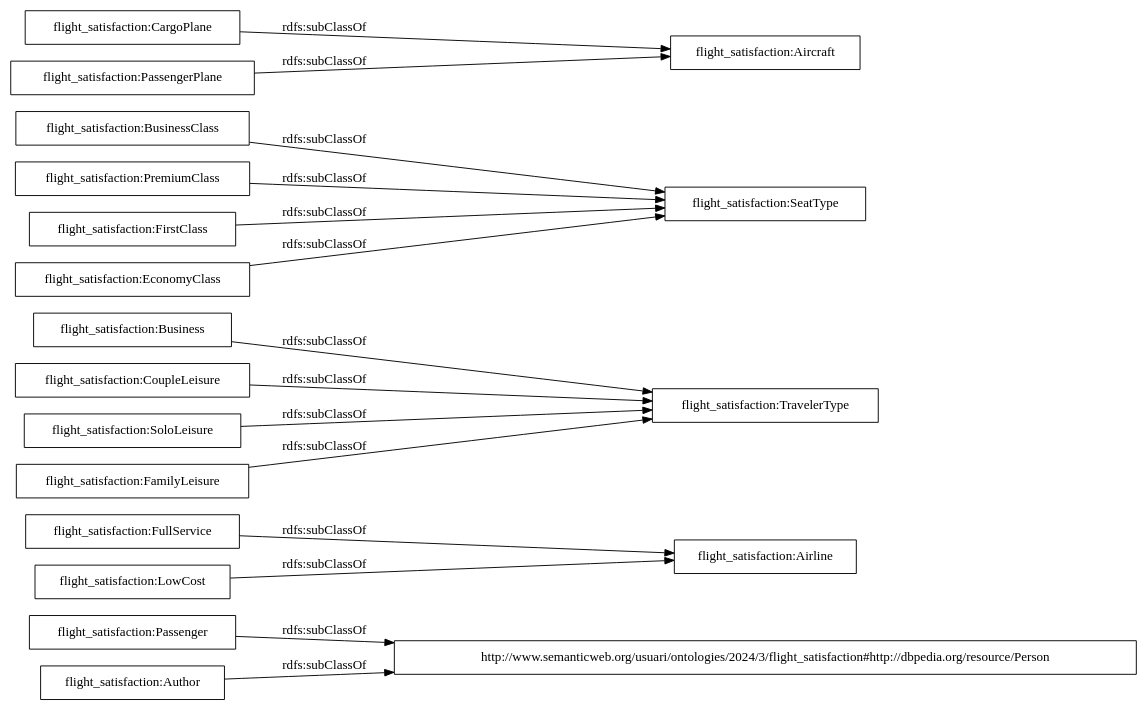
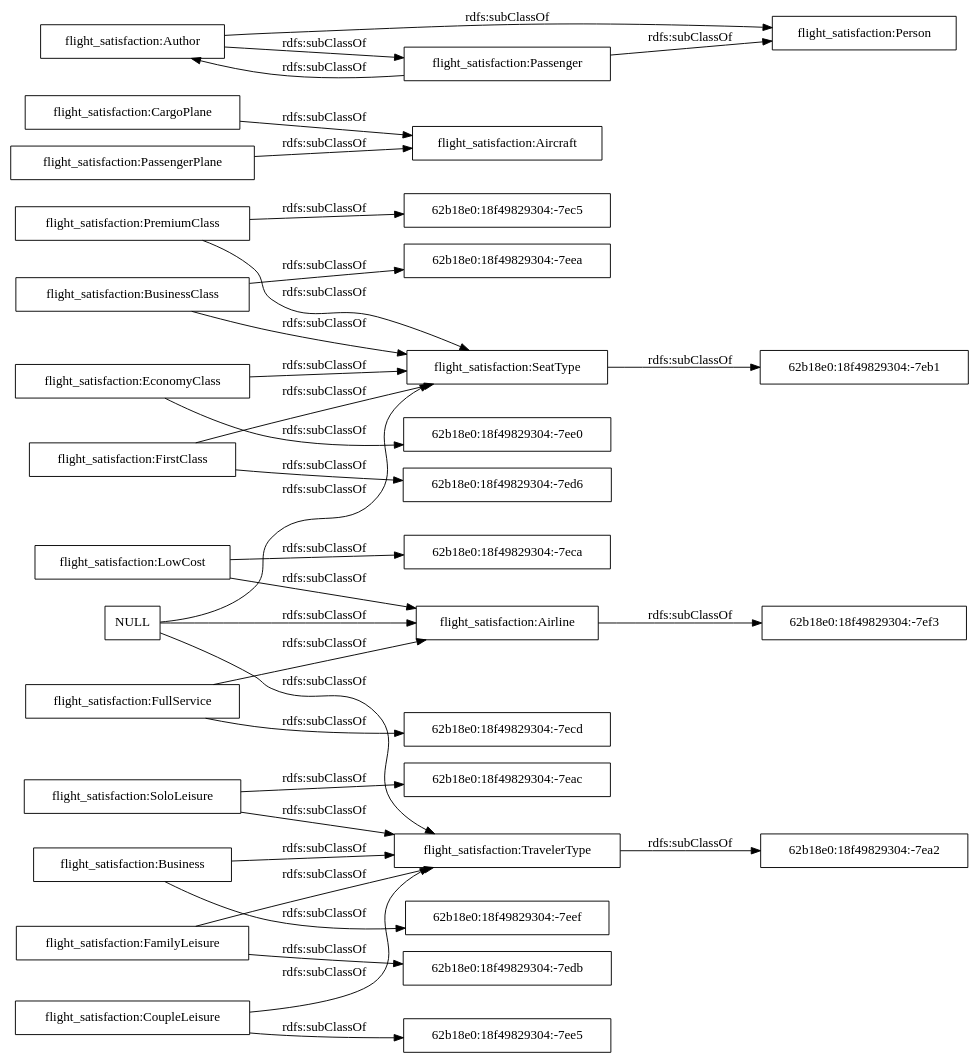
One commit to o348tu89q34p/ontology changed the diagram in OnToology/flight_satisfaction.rdf/diagrams/ar2dtool-taxonomy/flight_satisfaction.rdf.png.dot. Above: the diagram before and after it, drawn with Graphviz. The commit also changed 12 other files, not shown here.

```diff
--- a/OnToology/flight_satisfaction.rdf/diagrams/ar2dtool-taxonomy/flight_satisfaction.rdf.png.dot
+++ b/OnToology/flight_satisfaction.rdf/diagrams/ar2dtool-taxonomy/flight_satisfaction.rdf.png.dot
@@ -1,20 +1,38 @@
 digraph ar2dtool_diagram { 
 rankdir=LR;
 size="1000"
-node [shape = rectangle, color="black"]; "http://www.semanticweb.org/usuari/ontologies/2024/3/flight_satisfaction#http://dbpedia.org/resource/Person" "flight_satisfaction:Airline" "flight_satisfaction:TravelerType" "flight_satisfaction:BusinessClass" "flight_satisfaction:PremiumClass" "flight_satisfaction:Passenger" "flight_satisfaction:Business" "flight_satisfaction:FirstClass" "flight_satisfaction:Author" "flight_satisfaction:CoupleLeisure" "flight_satisfaction:Aircraft" "flight_satisfaction:SoloLeisure" "flight_satisfaction:FullService" "flight_satisfaction:CargoPlane" "flight_satisfaction:FamilyLeisure" "flight_satisfaction:LowCost" "flight_satisfaction:SeatType" "flight_satisfaction:EconomyClass" "flight_satisfaction:PassengerPlane" ; /*classes style*/
+node [shape = rectangle, color="black"]; "62b18e0:18f49829304:-7ec5" "flight_satisfaction:Business" "flight_satisfaction:SoloLeisure" "62b18e0:18f49829304:-7ee0" "62b18e0:18f49829304:-7eca" "62b18e0:18f49829304:-7eea" "62b18e0:18f49829304:-7eef" "62b18e0:18f49829304:-7eb1" "62b18e0:18f49829304:-7edb" "flight_satisfaction:EconomyClass" "flight_satisfaction:CargoPlane" "62b18e0:18f49829304:-7eac" "flight_satisfaction:Airline" "62b18e0:18f49829304:-7ef3" "flight_satisfaction:CoupleLeisure" "flight_satisfaction:Person" "flight_satisfaction:PassengerPlane" "flight_satisfaction:BusinessClass" "flight_satisfaction:TravelerType" "flight_satisfaction:FamilyLeisure" "62b18e0:18f49829304:-7ecd" "62b18e0:18f49829304:-7ea2" "flight_satisfaction:Author" "flight_satisfaction:Aircraft" "flight_satisfaction:Passenger" "flight_satisfaction:LowCost" "62b18e0:18f49829304:-7ee5" "flight_satisfaction:SeatType" "flight_satisfaction:FullService" "flight_satisfaction:FirstClass" "62b18e0:18f49829304:-7ed6" "flight_satisfaction:PremiumClass" ; /*classes style*/
+	"flight_satisfaction:PremiumClass" -> "62b18e0:18f49829304:-7ec5" [ label = "rdfs:subClassOf" ];
+	"flight_satisfaction:PremiumClass" -> "flight_satisfaction:SeatType" [ label = "rdfs:subClassOf" ];
+	"NULL" -> "flight_satisfaction:TravelerType" [ label = "rdfs:subClassOf" ];
+	"NULL" -> "flight_satisfaction:SeatType" [ label = "rdfs:subClassOf" ];
+	"NULL" -> "flight_satisfaction:Airline" [ label = "rdfs:subClassOf" ];
+	"flight_satisfaction:FamilyLeisure" -> "62b18e0:18f49829304:-7edb" [ label = "rdfs:subClassOf" ];
+	"flight_satisfaction:FamilyLeisure" -> "flight_satisfaction:TravelerType" [ label = "rdfs:subClassOf" ];
+	"flight_satisfaction:EconomyClass" -> "62b18e0:18f49829304:-7ee0" [ label = "rdfs:subClassOf" ];
+	"flight_satisfaction:EconomyClass" -> "flight_satisfaction:SeatType" [ label = "rdfs:subClassOf" ];
+	"flight_satisfaction:SoloLeisure" -> "62b18e0:18f49829304:-7eac" [ label = "rdfs:subClassOf" ];
+	"flight_satisfaction:SoloLeisure" -> "flight_satisfaction:TravelerType" [ label = "rdfs:subClassOf" ];
+	"flight_satisfaction:Author" -> "flight_satisfaction:Person" [ label = "rdfs:subClassOf" ];
+	"flight_satisfaction:Author" -> "flight_satisfaction:Passenger" [ label = "rdfs:subClassOf" ];
+	"flight_satisfaction:FullService" -> "62b18e0:18f49829304:-7ecd" [ label = "rdfs:subClassOf" ];
+	"flight_satisfaction:FullService" -> "flight_satisfaction:Airline" [ label = "rdfs:subClassOf" ];
+	"flight_satisfaction:FirstClass" -> "62b18e0:18f49829304:-7ed6" [ label = "rdfs:subClassOf" ];
+	"flight_satisfaction:FirstClass" -> "flight_satisfaction:SeatType" [ label = "rdfs:subClassOf" ];
+	"flight_satisfaction:PassengerPlane" -> "flight_satisfaction:Aircraft" [ label = "rdfs:subClassOf" ];
+	"flight_satisfaction:TravelerType" -> "62b18e0:18f49829304:-7ea2" [ label = "rdfs:subClassOf" ];
+	"flight_satisfaction:SeatType" -> "62b18e0:18f49829304:-7eb1" [ label = "rdfs:subClassOf" ];
+	"flight_satisfaction:BusinessClass" -> "62b18e0:18f49829304:-7eea" [ label = "rdfs:subClassOf" ];
+	"flight_satisfaction:BusinessClass" -> "flight_satisfaction:SeatType" [ label = "rdfs:subClassOf" ];
+	"flight_satisfaction:Passenger" -> "flight_satisfaction:Person" [ label = "rdfs:subClassOf" ];
+	"flight_satisfaction:Passenger" -> "flight_satisfaction:Author" [ label = "rdfs:subClassOf" ];
+	"flight_satisfaction:Business" -> "62b18e0:18f49829304:-7eef" [ label = "rdfs:subClassOf" ];
 	"flight_satisfaction:Business" -> "flight_satisfaction:TravelerType" [ label = "rdfs:subClassOf" ];
-	"flight_satisfaction:BusinessClass" -> "flight_satisfaction:SeatType" [ label = "rdfs:subClassOf" ];
-	"flight_satisfaction:EconomyClass" -> "flight_satisfaction:SeatType" [ label = "rdfs:subClassOf" ];
-	"flight_satisfaction:Author" -> "http://www.semanticweb.org/usuari/ontologies/2024/3/flight_satisfaction#http://dbpedia.org/resource/Person" [ label = "rdfs:subClassOf" ];
-	"flight_satisfaction:FullService" -> "flight_satisfaction:Airline" [ label = "rdfs:subClassOf" ];
-	"flight_satisfaction:PassengerPlane" -> "flight_satisfaction:Aircraft" [ label = "rdfs:subClassOf" ];
-	"flight_satisfaction:FirstClass" -> "flight_satisfaction:SeatType" [ label = "rdfs:subClassOf" ];
+	"flight_satisfaction:Airline" -> "62b18e0:18f49829304:-7ef3" [ label = "rdfs:subClassOf" ];
+	"flight_satisfaction:CargoPlane" -> "flight_satisfaction:Aircraft" [ label = "rdfs:subClassOf" ];
+	"flight_satisfaction:CoupleLeisure" -> "62b18e0:18f49829304:-7ee5" [ label = "rdfs:subClassOf" ];
+	"flight_satisfaction:CoupleLeisure" -> "flight_satisfaction:TravelerType" [ label = "rdfs:subClassOf" ];
+	"flight_satisfaction:LowCost" -> "62b18e0:18f49829304:-7eca" [ label = "rdfs:subClassOf" ];
 	"flight_satisfaction:LowCost" -> "flight_satisfaction:Airline" [ label = "rdfs:subClassOf" ];
-	"flight_satisfaction:CoupleLeisure" -> "flight_satisfaction:TravelerType" [ label = "rdfs:subClassOf" ];
-	"flight_satisfaction:Passenger" -> "http://www.semanticweb.org/usuari/ontologies/2024/3/flight_satisfaction#http://dbpedia.org/resource/Person" [ label = "rdfs:subClassOf" ];
-	"flight_satisfaction:FamilyLeisure" -> "flight_satisfaction:TravelerType" [ label = "rdfs:subClassOf" ];
-	"flight_satisfaction:CargoPlane" -> "flight_satisfaction:Aircraft" [ label = "rdfs:subClassOf" ];
-	"flight_satisfaction:PremiumClass" -> "flight_satisfaction:SeatType" [ label = "rdfs:subClassOf" ];
-	"flight_satisfaction:SoloLeisure" -> "flight_satisfaction:TravelerType" [ label = "rdfs:subClassOf" ];
 
 }
```
